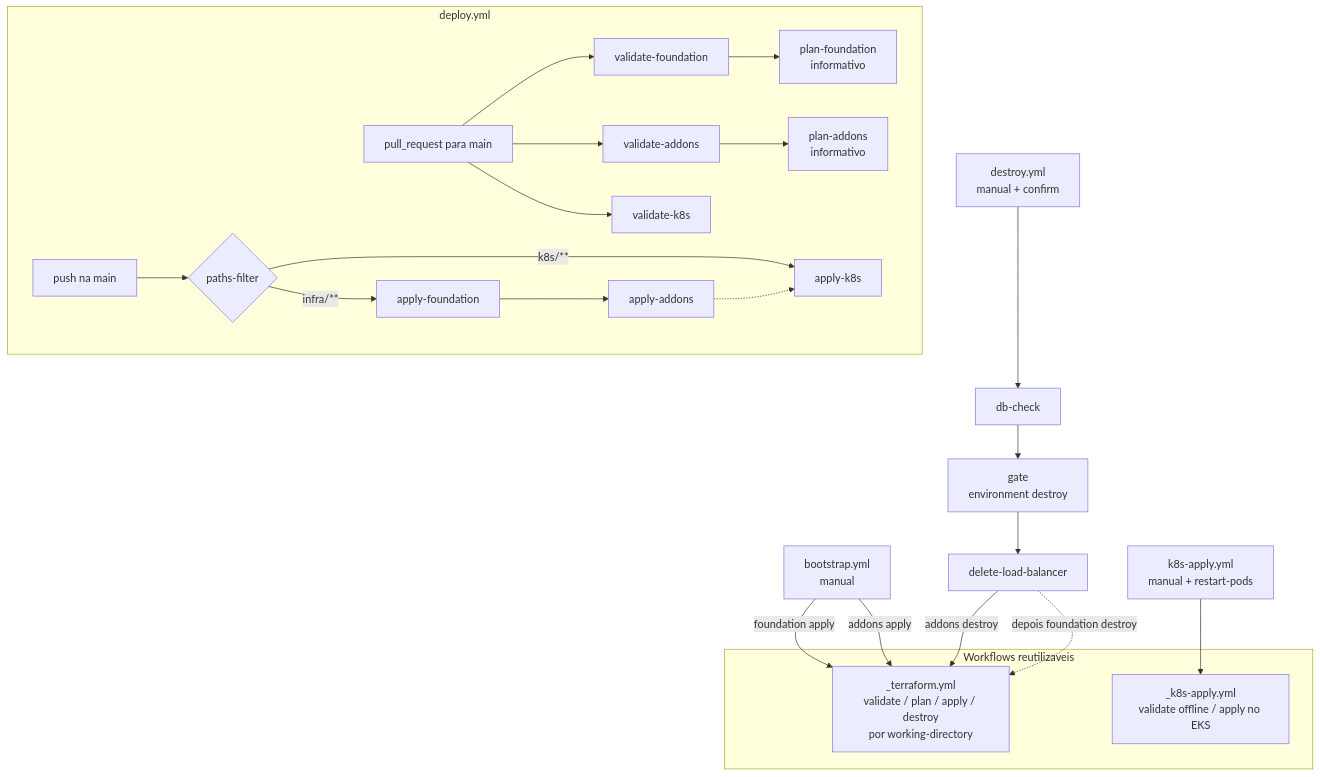
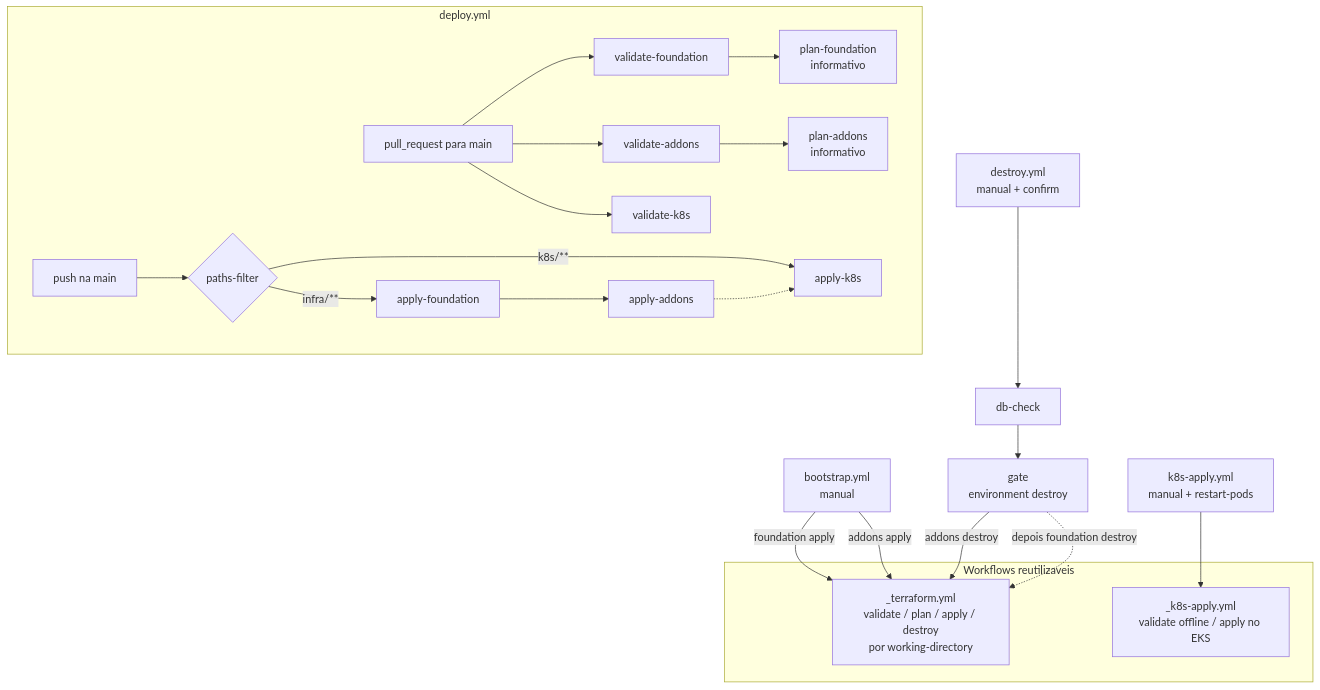
One commit to GuiToniello/tech-challenge-fase-3-K8S-soat16-rm374658 changed the diagram in .github/workflows/README.md. Above: the diagram before and after it, drawn with Mermaid. The commit also changed other lines of this file and 21 other files, not shown here.

````diff
--- a/.github/workflows/README.md
+++ b/.github/workflows/README.md
@@ -17,27 +17,27 @@
 ```mermaid
 flowchart TD
   subgraph Reusable[Workflows reutilizaveis]
     T[_terraform.yml\nvalidate / plan / apply / destroy\npor working-directory]
     K[_k8s-apply.yml\nvalidate offline / apply no EKS]
   end
 
   B[bootstrap.yml\nmanual] -->|foundation apply| T
   B -->|addons apply| T
 
   subgraph Deploy[deploy.yml]
     PR[pull_request para main] --> VF[validate-foundation]
     PR --> VA[validate-addons]
     PR --> VK[validate-k8s]
     VF --> PF[plan-foundation\ninformativo]
     VA --> PA[plan-addons\ninformativo]
     PUSH[push na main] --> C{paths-filter}
     C -->|infra/**| AF[apply-foundation] --> AA[apply-addons]
     C -->|k8s/**| AK[apply-k8s]
     AA -.-> AK
   end
 
   KA[k8s-apply.yml\nmanual + restart-pods] --> K
-  D[destroy.yml\nmanual + confirm] --> DC[db-check] --> G[gate\nenvironment destroy] --> LB[delete-load-balancer]
-  LB -->|addons destroy| T
-  LB -.->|depois foundation destroy| T
+  D[destroy.yml\nmanual + confirm] --> DC[db-check] --> G[gate\nenvironment destroy]
+  G -->|addons destroy| T
+  G -.->|depois foundation destroy| T
 ```
````
